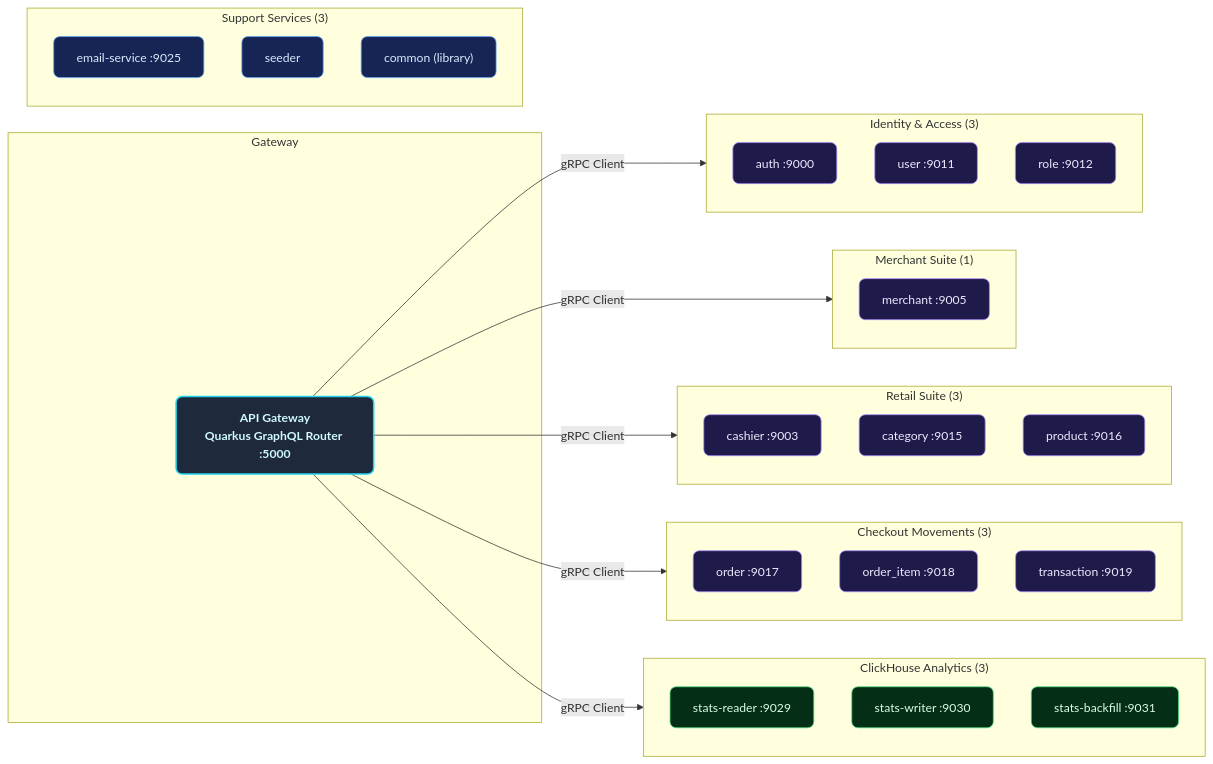
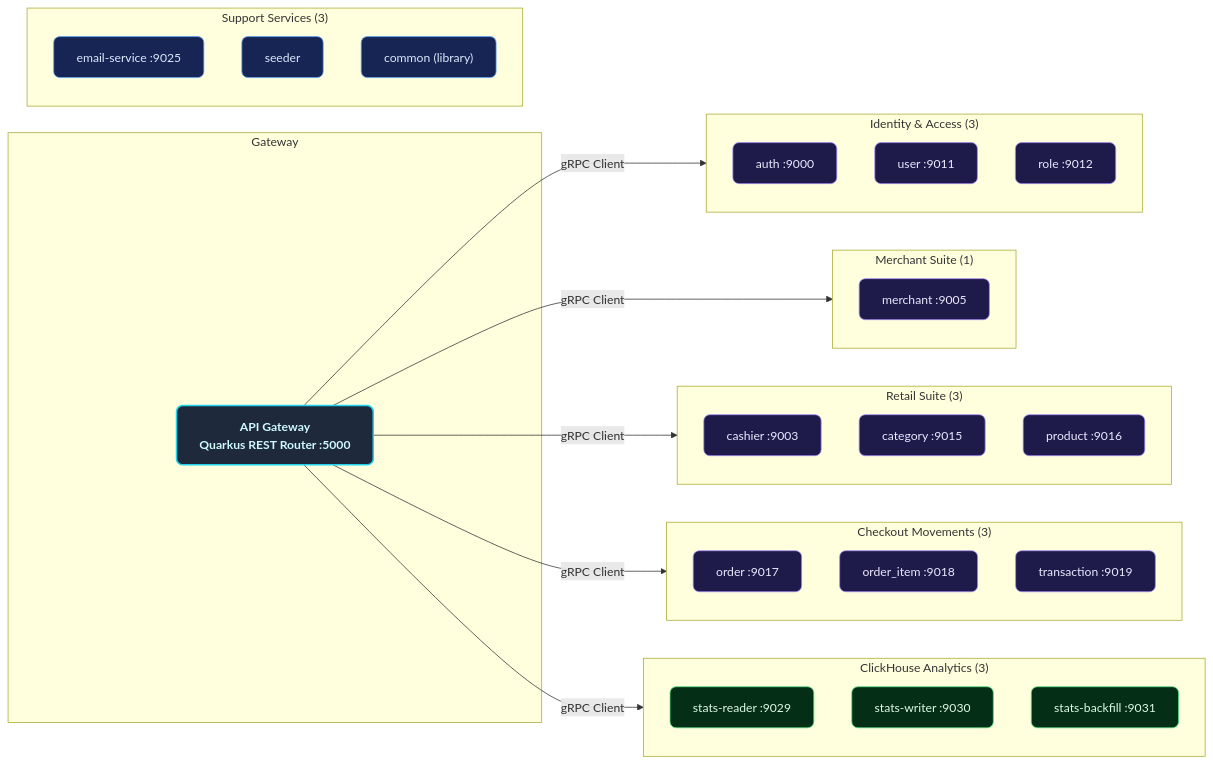
One commit to MamangRust/microservice-pointofsale-quarkus-graphql changed the second of 12 diagrams in README.md. Above: the diagram before and after it, drawn with Mermaid. The commit also changed other lines of this file and 457 other files, not shown here.

````diff
--- a/README.md
+++ b/README.md
@@ -205,51 +205,51 @@
 ```mermaid
 graph LR
     classDef svc fill:#1e1b4b,stroke:#a78bfa,color:#ede9fe,stroke-width:1px,rx:8
     classDef gw fill:#1e293b,stroke:#22d3ee,color:#cffafe,stroke-width:2px,rx:8,font-weight:bold
     classDef support fill:#172554,stroke:#60a5fa,color:#dbeafe,stroke-width:1px,rx:8
     classDef analytics fill:#052e16,stroke:#4ade80,color:#dcfce7,stroke-width:1px,rx:8
 
     subgraph Gateway
-        API["API Gateway<br/>Quarkus GraphQL Router :5000"]:::gw
+        API["API Gateway<br/>Quarkus REST Router :5000"]:::gw
     end
 
     subgraph Identity["Identity & Access (3)"]
         A1["auth :9000"]:::svc
         A2["user :9011"]:::svc
         A3["role :9012"]:::svc
     end
 
     subgraph Merchant["Merchant Suite (1)"]
         M1["merchant :9005"]:::svc
     end
 
     subgraph Retail["Retail Suite (3)"]
         R1["cashier :9003"]:::svc
         R2["category :9015"]:::svc
         R3["product :9016"]:::svc
     end
 
     subgraph Movements["Checkout Movements (3)"]
         T1["order :9017"]:::svc
         T2["order_item :9018"]:::svc
         T3["transaction :9019"]:::svc
     end
 
     subgraph Support["Support Services (3)"]
         S1["email-service :9025"]:::support
         S2["seeder"]:::support
         S3["common (library)"]:::support
     end
 
     subgraph Analytics["ClickHouse Analytics (3)"]
         AN1["stats-reader :9029"]:::analytics
         AN2["stats-writer :9030"]:::analytics
         AN3["stats-backfill :9031"]:::analytics
     end
 
     API -->|"gRPC Client"| Identity
     API -->|"gRPC Client"| Merchant
     API -->|"gRPC Client"| Retail
     API -->|"gRPC Client"| Movements
     API -->|"gRPC Client"| Analytics
 ```
````
